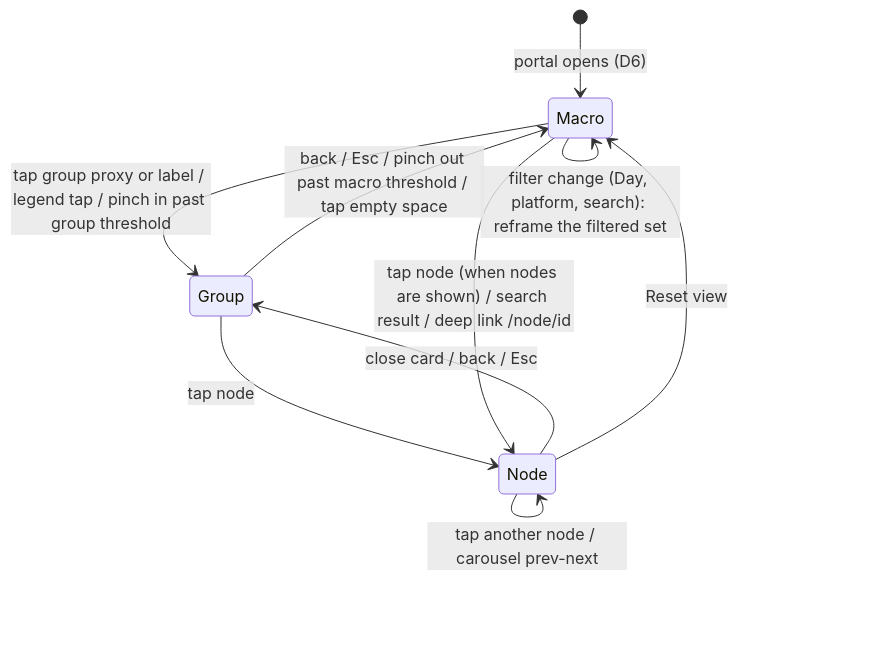
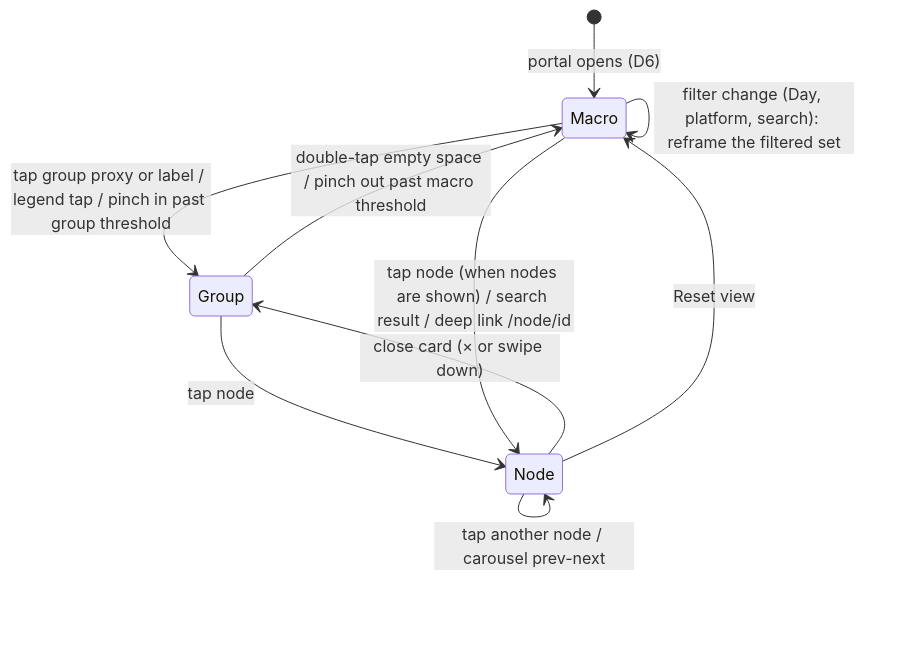
Before and after one commit to rawpork/aether-portal: the diagram in SPATIAL_ARCHITECTURE.md, drawn with Mermaid. The commit also changed other lines of this file and 4 other files, not shown here.

````diff
--- a/SPATIAL_ARCHITECTURE.md
+++ b/SPATIAL_ARCHITECTURE.md
@@ -179,12 +181,12 @@
 ```mermaid
 stateDiagram-v2
   [*] --> Macro: portal opens (D6)
   Macro --> Group: tap group proxy or label / legend tap / pinch in past group threshold
   Group --> Node: tap node
   Macro --> Node: tap node (when nodes are shown) / search result / deep link /node/id
   Node --> Node: tap another node / carousel prev-next
-  Node --> Group: close card / back / Esc
-  Group --> Macro: back / Esc / pinch out past macro threshold / tap empty space
+  Node --> Group: close card (× or swipe down)
+  Group --> Macro: double-tap empty space / pinch out past macro threshold
   Node --> Macro: Reset view
   Macro --> Macro: filter change (Day, platform, search): reframe the filtered set
 ```
````
